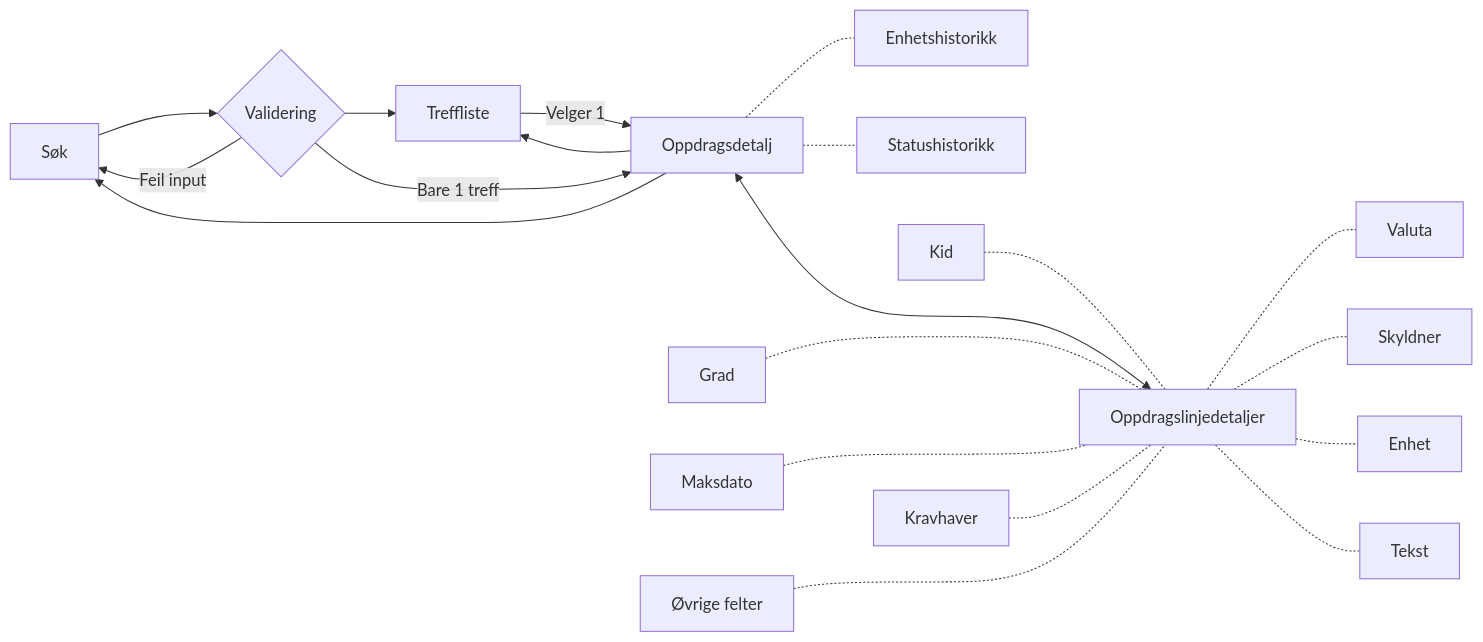
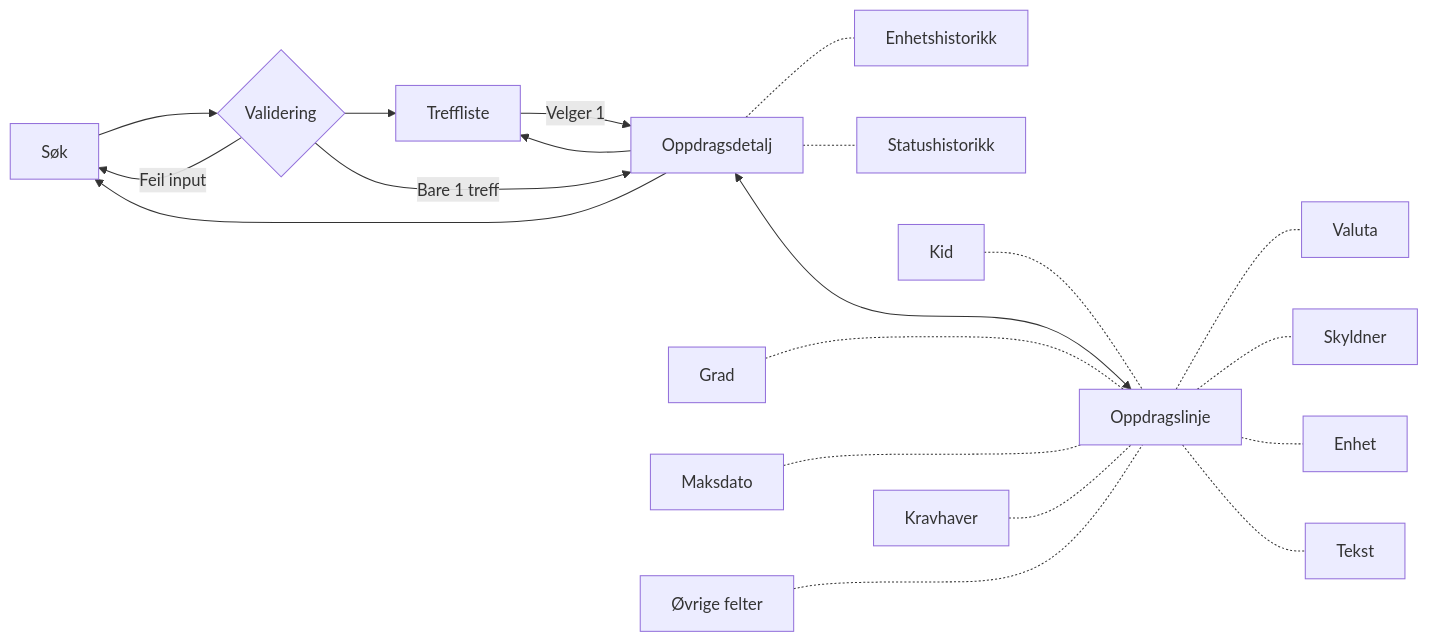
Before and after one commit to navikt/sokos-up-oppdragsinfo: the first of 3 diagrams in Dokumentasjon/GammelLosning.md, drawn with Mermaid. The commit also changed other lines of this file and 6 other files, not shown here.

````diff
--- a/Dokumentasjon/GammelLosning.md
+++ b/Dokumentasjon/GammelLosning.md
@@ -3,42 +13,42 @@
 ```mermaid
 flowchart LR
     Søk
     Validering{Validering}
     Treffliste
     Oppdragsdetalj
     Enhetshistorikk
     Statushistorikk
-    Oppdragslinjedetaljer
+    Oppdragslinje
     Valuta
     Skyldner
     Enhet
     Grad
     Tekst
     Kid
     Kravhaver
     Maksdato
     Øvrig["Øvrige felter"]
 
     Søk --> Validering
     Validering -- Feil input --> Søk
     Validering --> Treffliste
     Treffliste -- Velger 1 --> Oppdragsdetalj
     Oppdragsdetalj --> Treffliste
     Validering -- Bare 1 treff--> Oppdragsdetalj
     Oppdragsdetalj --> Søk
     Oppdragsdetalj -.- Enhetshistorikk
     Oppdragsdetalj -.- Statushistorikk
-    Oppdragsdetalj <---> Oppdragslinjedetaljer
-    Oppdragslinjedetaljer -.- Valuta
-    Oppdragslinjedetaljer -.- Skyldner
-    Oppdragslinjedetaljer -.- Enhet
-    Kid -.- Oppdragslinjedetaljer
-    Kravhaver -.- Oppdragslinjedetaljer
-    Maksdato -.- Oppdragslinjedetaljer
-    Øvrig -.- Oppdragslinjedetaljer
-    Grad -.- Oppdragslinjedetaljer
-    Oppdragslinjedetaljer -.- Tekst
+    Oppdragsdetalj <---> Oppdragslinje
+    Oppdragslinje -.- Valuta
+    Oppdragslinje -.- Skyldner
+    Oppdragslinje -.- Enhet
+    Kid -.- Oppdragslinje
+    Kravhaver -.- Oppdragslinje
+    Maksdato -.- Oppdragslinje
+    Øvrig -.- Oppdragslinje
+    Grad -.- Oppdragslinje
+    Oppdragslinje -.- Tekst
     Øvrig ~~~ Kravhaver
     Maksdato ~~~ Kravhaver
     Grad ~~~ Kravhaver
 ```
````
